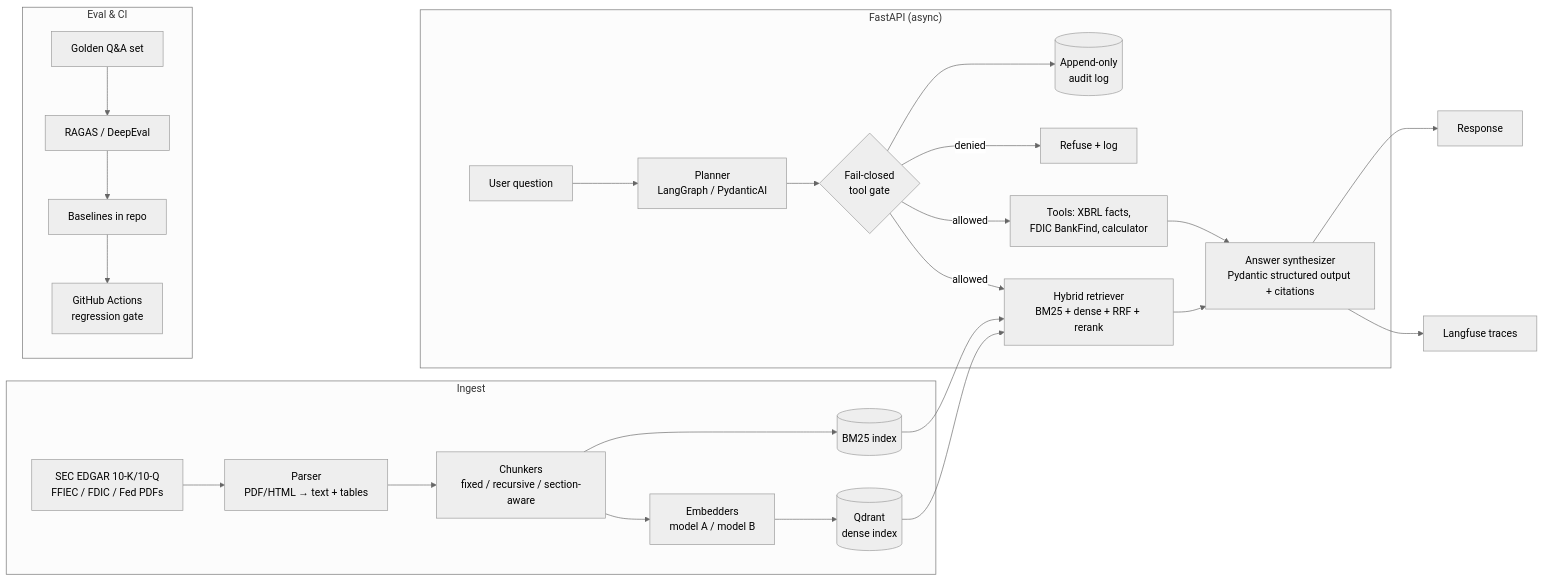
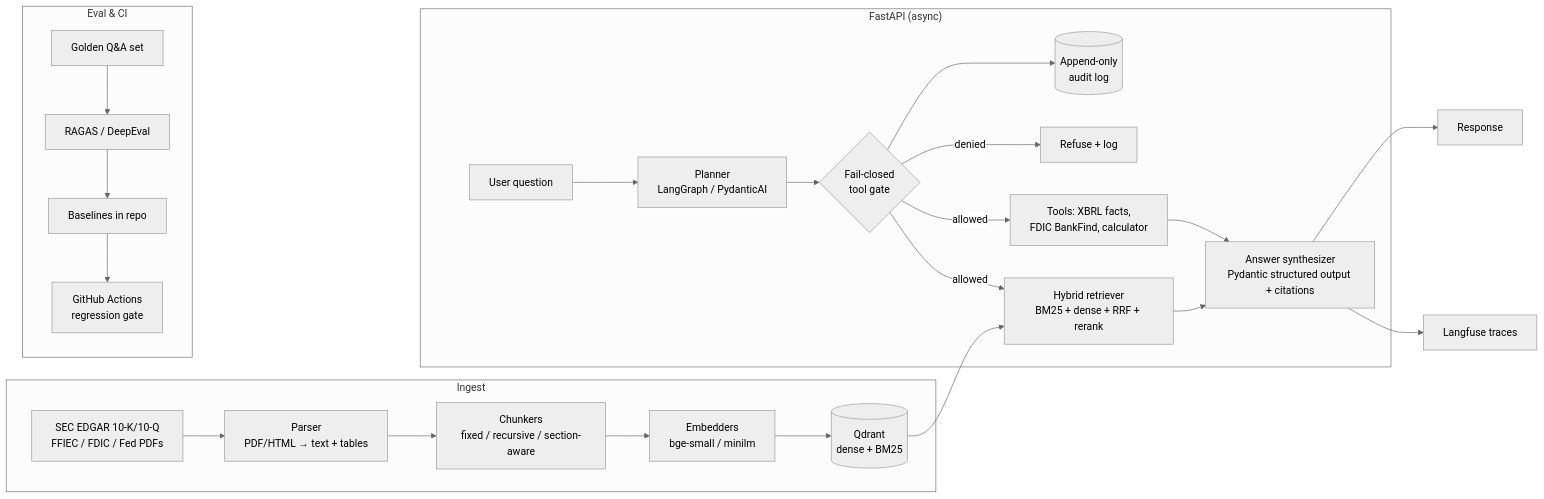
Before and after one commit to naveed949/capitalcite: the diagram in README.md, drawn with Mermaid (neutral theme). The commit also changed other lines of this file and 28 other files, not shown here.

````diff
--- a/README.md
+++ b/README.md
@@ -16,32 +16,30 @@
 ```mermaid
 flowchart LR
     subgraph Ingest
         A[SEC EDGAR 10-K/10-Q<br/>FFIEC / FDIC / Fed PDFs] --> B[Parser<br/>PDF/HTML → text + tables]
         B --> C[Chunkers<br/>fixed / recursive / section-aware]
-        C --> D[Embedders<br/>model A / model B]
-        D --> E[(Qdrant<br/>dense index)]
-        C --> F[(BM25 index)]
+        C --> D[Embedders<br/>bge-small / minilm]
+        D --> E[(Qdrant<br/>dense + BM25)]
     end
 
     subgraph Serve["FastAPI (async)"]
         Q[User question] --> P[Planner<br/>LangGraph / PydanticAI]
         P --> G{Fail-closed<br/>tool gate}
         G -->|allowed| R[Hybrid retriever<br/>BM25 + dense + RRF + rerank]
         G -->|allowed| T[Tools: XBRL facts,<br/>FDIC BankFind, calculator]
         G -->|denied| X[Refuse + log]
         R --> S[Answer synthesizer<br/>Pydantic structured output + citations]
         T --> S
         G --> L[(Append-only<br/>audit log)]
     end
 
     E --> R
-    F --> R
     S --> O[Langfuse traces]
     S --> U[Response]
 
     subgraph Eval["Eval & CI"]
         GS[Golden Q&A set] --> EV[RAGAS / DeepEval]
         EV --> BL[Baselines in repo]
         BL --> CI[GitHub Actions<br/>regression gate]
     end
 ```
````
